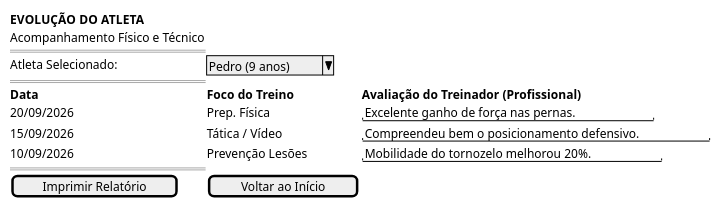
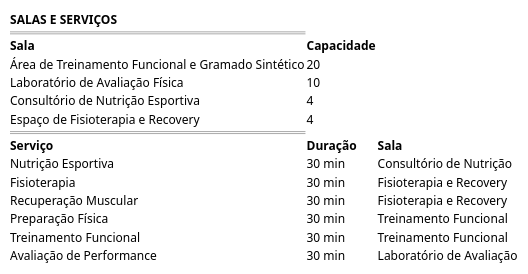
Before and after one commit to Projetos-de-Extensao/PBE_26.2_8002_II: the fourth of 7 diagrams in docs/Iniciacao/prototipo_baixa_fidelidade.md, drawn with PlantUML. The commit also changed other lines of this file and 8 other files, not shown here.

````diff
--- a/docs/Iniciacao/prototipo_baixa_fidelidade.md
+++ b/docs/Iniciacao/prototipo_baixa_fidelidade.md
@@ -130,17 +97,21 @@
 ```plantuml
 @startsalt
 {
-  <b>EVOLUÇÃO DO ATLETA
-  Acompanhamento Físico e Técnico
+  <b>SALAS E SERVIÇOS
   ==
-  Atleta Selecionado: | ^Pedro (9 anos)^
+  <b>Sala                                            | <b>Capacidade
+  Área de Treinamento Funcional e Gramado Sintético | 20
+  Laboratório de Avaliação Física                   | 10
+  Consultório de Nutrição Esportiva                 | 4
+  Espaço de Fisioterapia e Recovery                 | 4
   ==
-  <b>Data       | <b>Foco do Treino   | <b>Avaliação do Treinador (Profissional)
-  20/09/2026 | Prep. Física     | "Excelente ganho de força nas pernas."
-  15/09/2026 | Tática / Vídeo   | "Compreendeu bem o posicionamento defensivo."
-  10/09/2026 | Prevenção Lesões | "Mobilidade do tornozelo melhorou 20%."
-  ==
-  [ Imprimir Relatório ] | [ Voltar ao Início ]
+  <b>Serviço                 | <b>Duração | <b>Sala
+  Nutrição Esportiva         | 30 min     | Consultório de Nutrição
+  Fisioterapia               | 30 min     | Fisioterapia e Recovery
+  Recuperação Muscular       | 30 min     | Fisioterapia e Recovery
+  Preparação Física          | 30 min     | Treinamento Funcional
+  Treinamento Funcional      | 30 min     | Treinamento Funcional
+  Avaliação de Performance   | 30 min     | Laboratório de Avaliação
 }
 @endsalt
 ```
````
